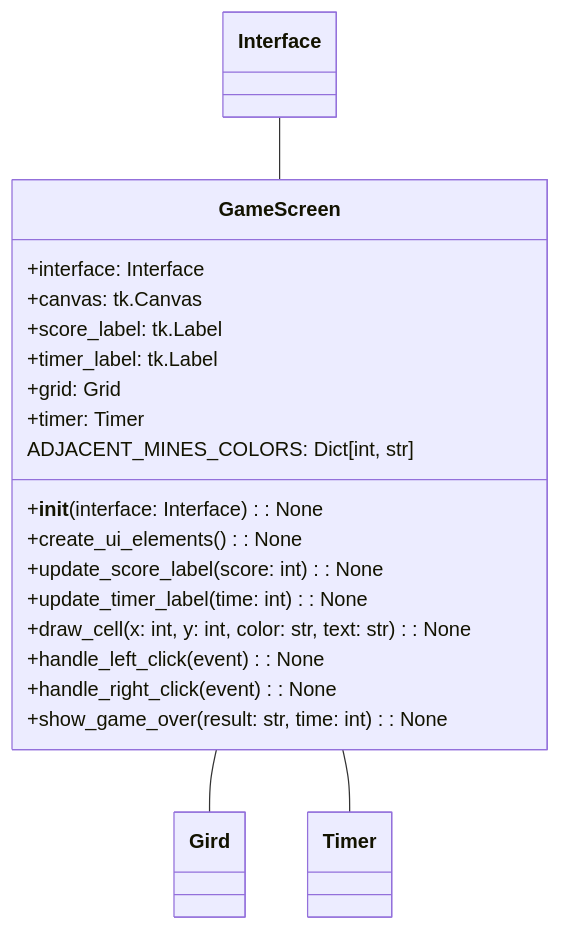
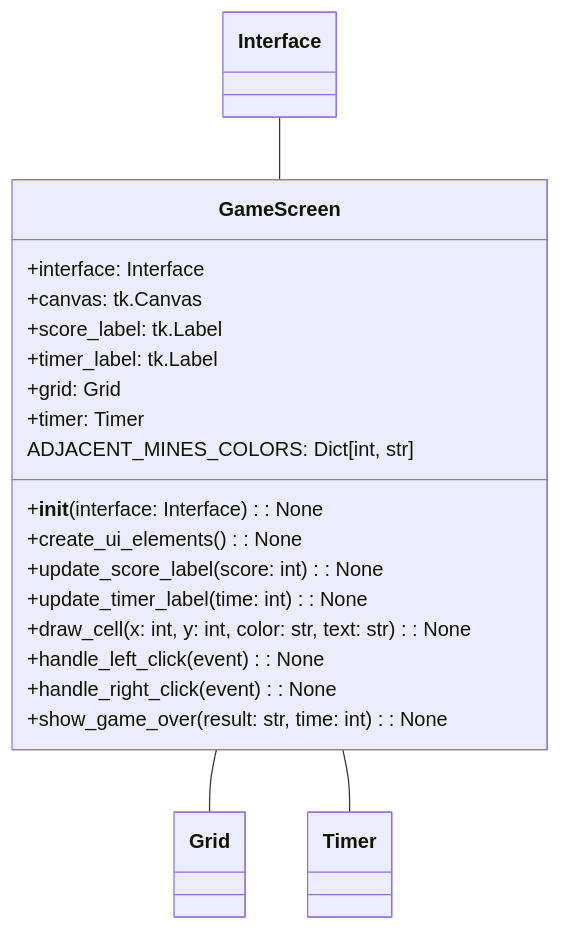
One commit to yu8ikmnbgt6y/chatgpt_minesweeper changed the fifth of 10 diagrams in docs/class_diagrams/init.md. Above: the diagram before and after it, drawn with Mermaid. The commit also changed other lines of this file, not shown here.

Commit message:
update class diagram

````diff
--- a/docs/class_diagrams/init.md
+++ b/docs/class_diagrams/init.md
@@ -111,24 +112,24 @@
 ```mermaid
 classDiagram
     class GameScreen {
         +interface: Interface
         +canvas: tk.Canvas
         +score_label: tk.Label
         +timer_label: tk.Label
         +grid: Grid
         +timer: Timer
         ADJACENT_MINES_COLORS: Dict[int, str]
 
         +__init__(interface: Interface): None
         +create_ui_elements(): None
         +update_score_label(score: int): None
         +update_timer_label(time: int): None
         +draw_cell(x: int, y: int, color: str, text: str): None
         +handle_left_click(event): None
         +handle_right_click(event): None
         +show_game_over(result: str, time: int): None
     }
     Interface -- GameScreen
-    GameScreen -- Gird
+    GameScreen -- Grid
     GameScreen -- Timer
 ```
````
